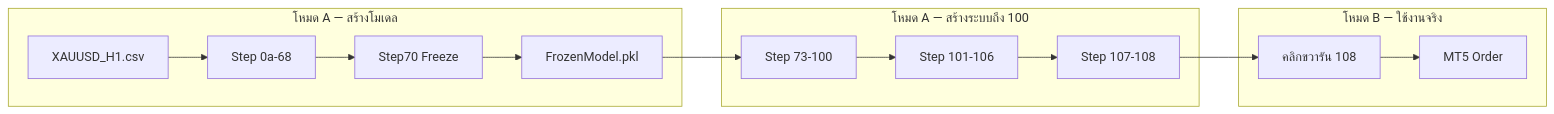
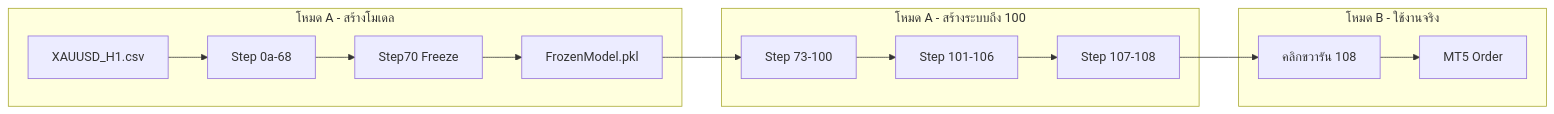
One commit to brightdayseveryday-stack/AI-trading-system2 changed the first of 4 diagrams in XAUUSD_User_FlowChart.md. Above: the diagram before and after it, drawn with Mermaid. The commit also changed other lines of this file, not shown here.

````diff
--- a/XAUUSD_User_FlowChart.md
+++ b/XAUUSD_User_FlowChart.md
@@ -15,19 +14,17 @@
 ```mermaid
-
 flowchart LR
-    subgraph A1 ["โหมด A — สร้างโมเดล"]
-        H1[XAUUSD_H1.csv] --> R[Step 0a-68]
+    subgraph A1["โหมด A - สร้างโมเดล"]
+        H1[XAUUSD_H1.csv] --> R["Step 0a-68"]
         R --> F[Step70 Freeze]
         F --> PKL[FrozenModel.pkl]
     end
-    subgraph A2 ["โหมด A — สร้างระบบถึง 100"]
-        PKL --> G[Step 73-100]
-        G --> P101[Step 101-106]
+    subgraph A2["โหมด A - สร้างระบบถึง 100"]
+        G[Step 73-100] --> P101[Step 101-106]
         P101 --> AUTO[Step 107-108]
     end
-    subgraph B ["โหมด B — ใช้งานจริง"]
-        AUTO --> RUN[คลิกขวารัน 108]
-        RUN --> MT5[MT5 Order]
+    subgraph B1["โหมด B - ใช้งานจริง"]
+        RUN[คลิกขวารัน 108] --> MT5[MT5 Order]
     end
-
+    PKL --> G
+    AUTO --> RUN
 ```
````
